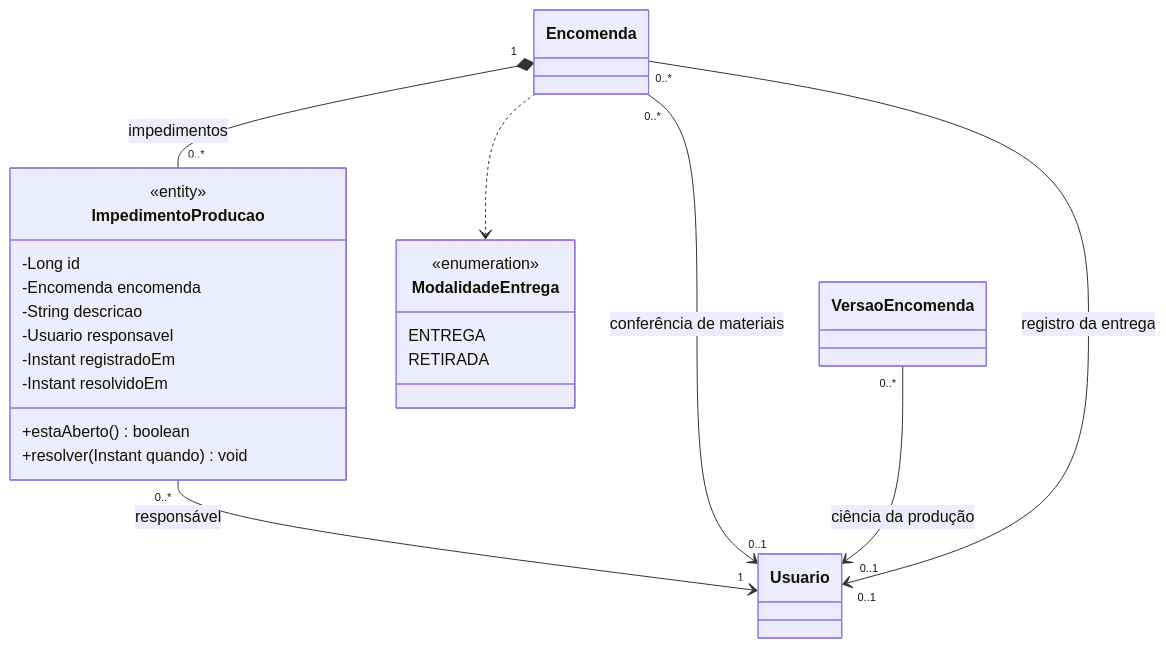
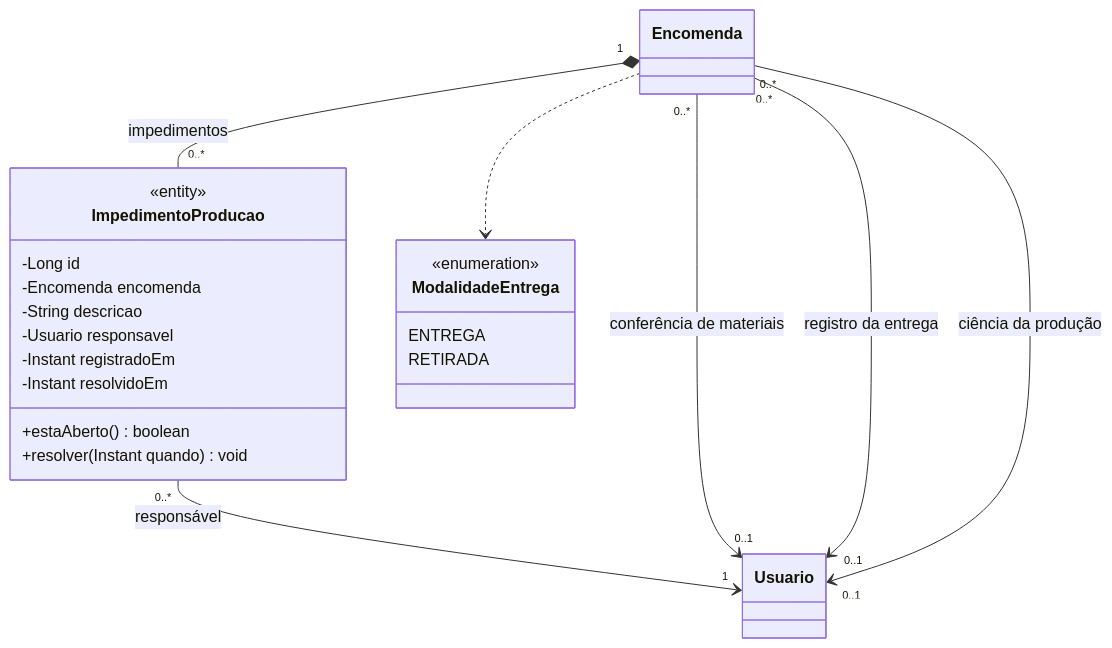
The third of 4 diagrams in docs/uml-dominio.md (ramalho06/Projeto-jonas), drawn with Mermaid before and after one commit. The commit also changed other lines of this file and 8 other files, not shown here.

````diff
--- a/docs/uml-dominio.md
+++ b/docs/uml-dominio.md
@@ -241,31 +233,31 @@
 ```mermaid
 classDiagram
     direction TB
 
     class ImpedimentoProducao {
         <<entity>>
         -Long id
         -Encomenda encomenda
         -String descricao
         -Usuario responsavel
         -Instant registradoEm
         -Instant resolvidoEm
         +estaAberto() boolean
         +resolver(Instant quando) void
     }
 
     class ModalidadeEntrega {
         <<enumeration>>
         ENTREGA
         RETIRADA
     }
 
 
     Encomenda "1" *-- "0..*" ImpedimentoProducao : impedimentos
     ImpedimentoProducao "0..*" --> "1" Usuario : responsável
     Encomenda "0..*" --> "0..1" Usuario : conferência de materiais
-    VersaoEncomenda "0..*" --> "0..1" Usuario : ciência da produção
     Encomenda "0..*" --> "0..1" Usuario : registro da entrega
+    Encomenda "0..*" --> "0..1" Usuario : ciência da produção
     Encomenda ..> ModalidadeEntrega
 
 ```
````
